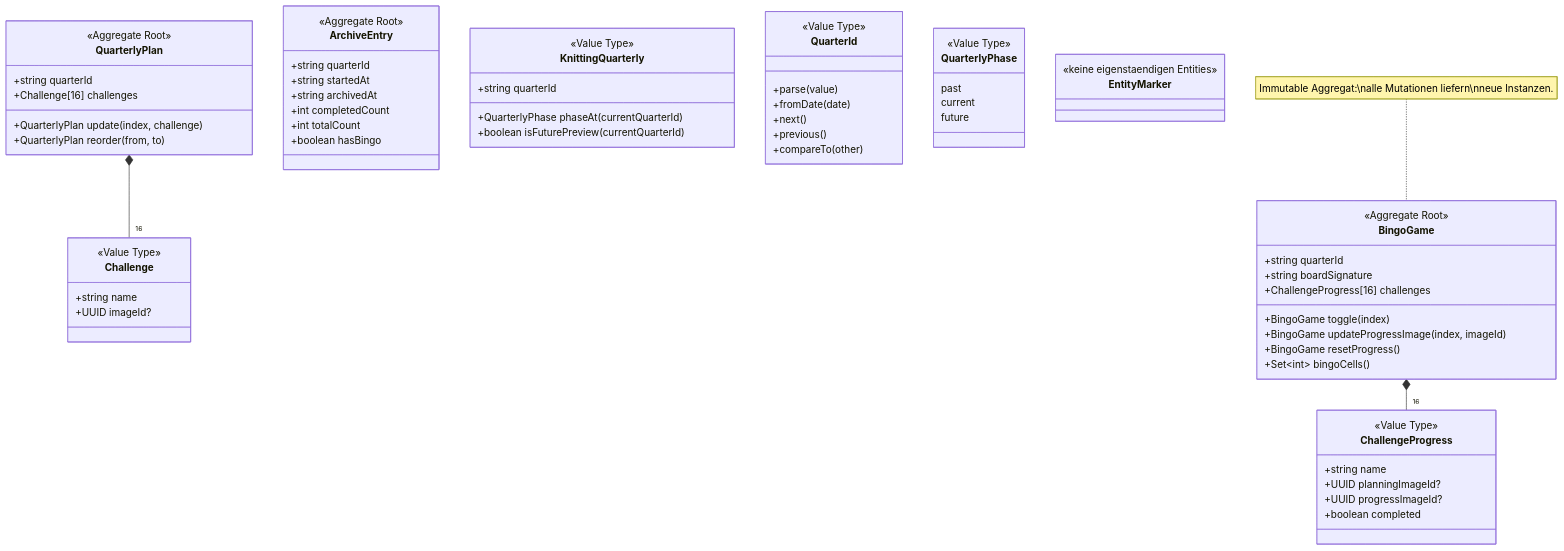
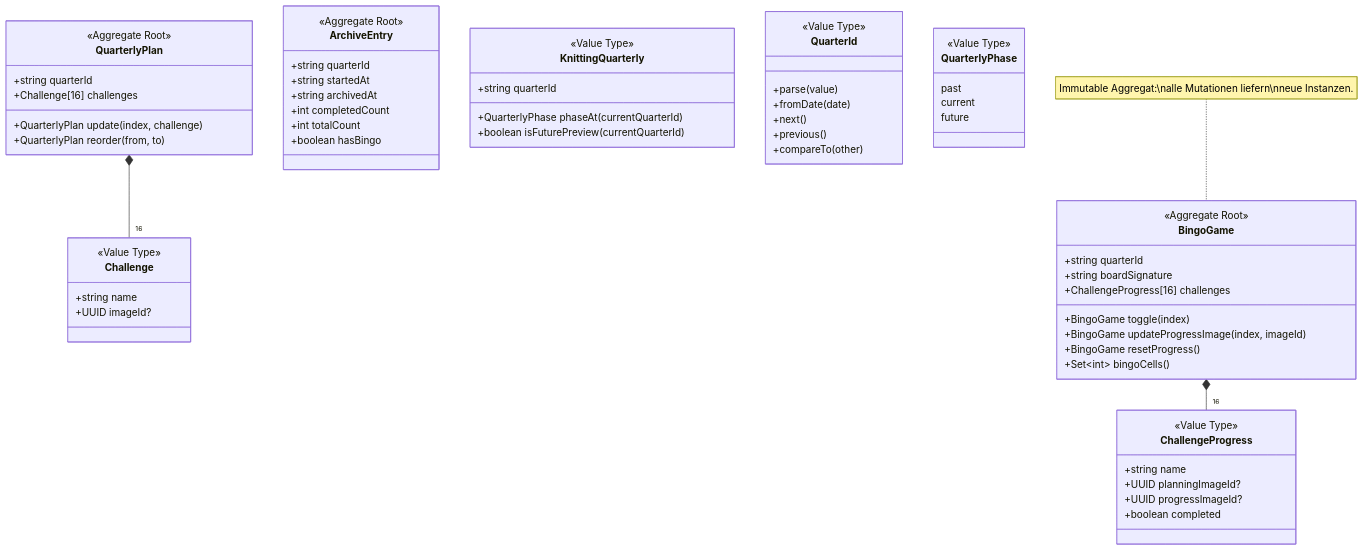
One commit to flingoflux/knitting-quarterly-bingo changed the second of 12 diagrams in docs/arc42.md. Above: the diagram before and after it, drawn with Mermaid. The commit also changed 2 other files, not shown here.

Commit message:
refactor: remove unused methods from QuarterClock and QuarterlyPlan for cleaner code

````diff
--- a/docs/arc42.md
+++ b/docs/arc42.md
@@ -104,77 +104,73 @@
 ```mermaid
 classDiagram
   class QuarterlyPlan {
     <<Aggregate Root>>
     +string quarterId
     +Challenge[16] challenges
     +QuarterlyPlan update(index, challenge)
     +QuarterlyPlan reorder(from, to)
   }
 
   class Challenge {
     <<Value Type>>
     +string name
     +UUID imageId?
   }
 
   class BingoGame {
     <<Aggregate Root>>
     +string quarterId
     +string boardSignature
     +ChallengeProgress[16] challenges
     +BingoGame toggle(index)
     +BingoGame updateProgressImage(index, imageId)
     +BingoGame resetProgress()
     +Set~int~ bingoCells()
   }
 
   class ChallengeProgress {
     <<Value Type>>
     +string name
     +UUID planningImageId?
     +UUID progressImageId?
     +boolean completed
   }
 
   class ArchiveEntry {
     <<Aggregate Root>>
     +string quarterId
     +string startedAt
     +string archivedAt
     +int completedCount
     +int totalCount
     +boolean hasBingo
   }
 
   class KnittingQuarterly {
     <<Value Type>>
     +string quarterId
     +QuarterlyPhase phaseAt(currentQuarterId)
     +boolean isFuturePreview(currentQuarterId)
   }
 
   class QuarterId {
     <<Value Type>>
     +parse(value)
     +fromDate(date)
     +next()
     +previous()
     +compareTo(other)
   }
 
   class QuarterlyPhase {
     <<Value Type>>
     past
     current
     future
   }
 
-  class EntityMarker {
-    <<keine eigenstaendigen Entities>>
-  }
-
   QuarterlyPlan *-- "16" Challenge
   BingoGame *-- "16" ChallengeProgress
 
   note for BingoGame "Immutable Aggregat:\nalle Mutationen liefern\nneue Instanzen."
 ```
````
